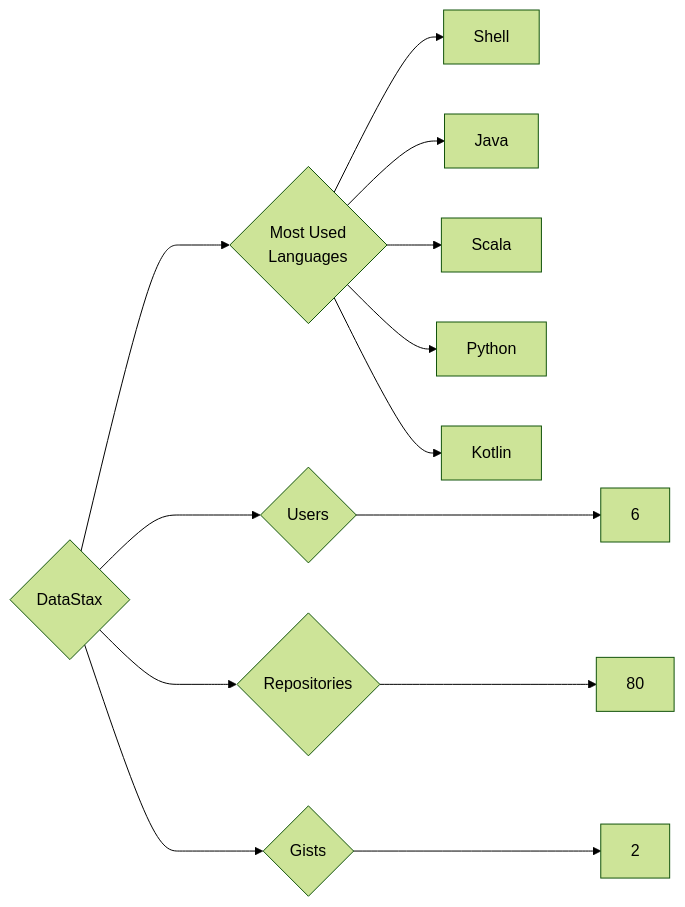
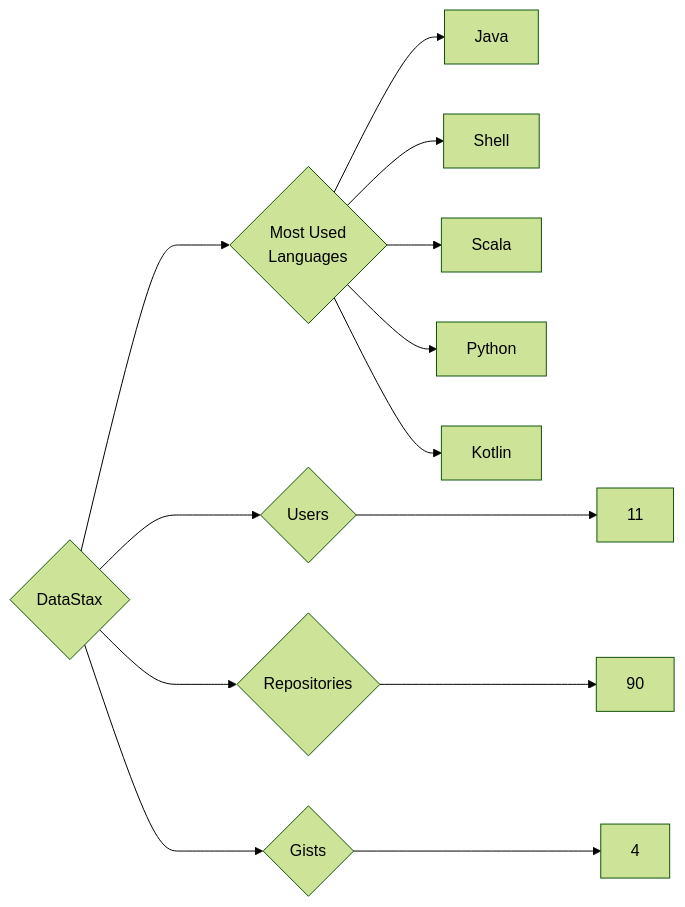
One commit to trickest/insiders changed the diagram in targets/DataStax/README.md. Above: the diagram before and after it, drawn with Mermaid (forest theme). The commit also changed 618 other files, not shown here.

````diff
--- a/targets/DataStax/README.md
+++ b/targets/DataStax/README.md
@@ -3,13 +3,13 @@
 ```mermaid
 graph LR
 COMPANY_NAME{DataStax}
-COMPANY_NAME ---> U{Users} ---> UN[6]
-COMPANY_NAME ---> R{Repositories} ---> RN[80]
-COMPANY_NAME ---> G{Gists} ---> GN[2]
+COMPANY_NAME ---> U{Users} ---> UN[11]
+COMPANY_NAME ---> R{Repositories} ---> RN[90]
+COMPANY_NAME ---> G{Gists} ---> GN[4]
 COMPANY_NAME ---> ML{Most Used<br>Languages}
+ML --> Java[Java]
 ML --> Shell[Shell]
-ML --> Java[Java]
 ML --> Scala[Scala]
 ML --> Python[Python]
 ML --> Kotlin[Kotlin]
 ```
````
